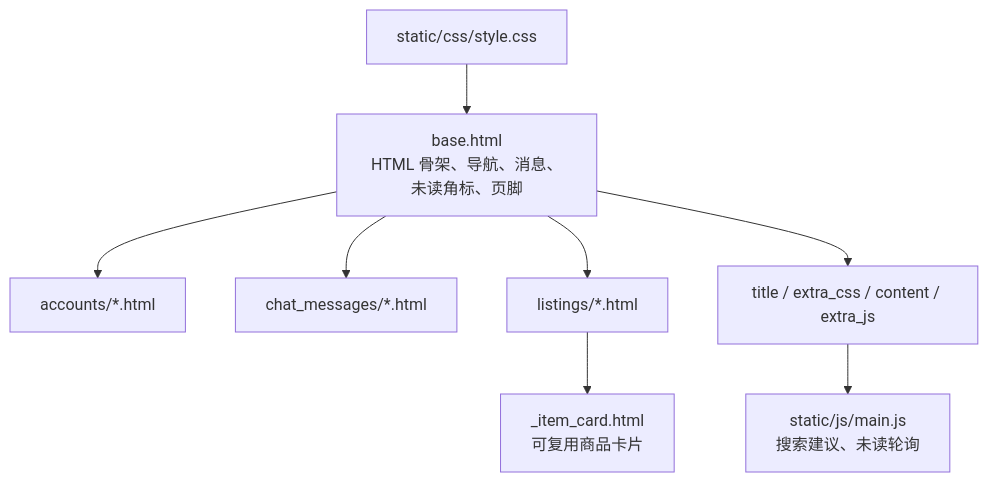
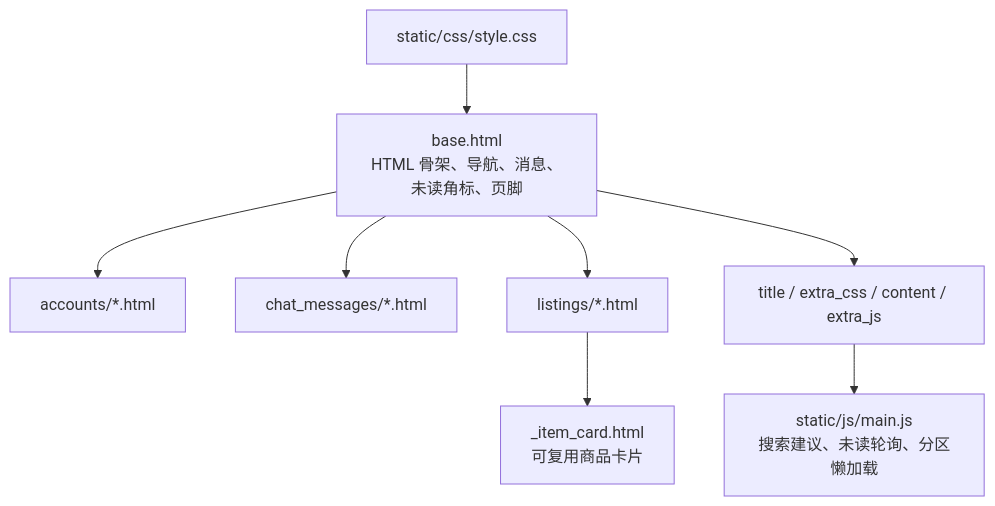
Before and after one commit to strawberry-little-bear/campus_glimmer: the diagram in templates/README.md, drawn with Mermaid. The commit also changed other lines of this file and 1 other file, not shown here.

Commit message:
docs: 说明运营看板分区懒加载的两层延后与登记约定
static/README.md 的「页面增强如何工作」补第三条链路和一个小节：同一个
data-ops-deferred class 下有两种分区，不带 data-ops-src 的全量渲染只换类不发
请求，带地址的才 fetch；关掉脚本的浏览器连 cookie 都种不下，所以永远走全量。
同时更新 js/main.js 的职责描述和修改检查项。

templates/README.md 补一条新增分区的登记约定：除了 partial、主模板 section 和
operations_nav 三处，还要在 operations_fragments.py 的 OPERATIONS_SECTION_FRAGMENTS
里登记一行，否则取回回来的分区会静默变成空态。

````diff
--- a/templates/README.md
+++ b/templates/README.md
@@ -21,10 +21,10 @@
 ```mermaid
 flowchart TD
     Base["base.html<br/>HTML 骨架、导航、消息、未读角标、页脚"] --> Accounts["accounts/*.html"]
     Base --> Chat["chat_messages/*.html"]
     Base --> Listings["listings/*.html"]
     Listings --> Card["_item_card.html<br/>可复用商品卡片"]
     Base --> Blocks["title / extra_css / content / extra_js"]
-    Blocks --> Scripts["static/js/main.js<br/>搜索建议、未读轮询"]
+    Blocks --> Scripts["static/js/main.js<br/>搜索建议、未读轮询、分区懒加载"]
     Bases["static/css/style.css"] --> Base
 ```
````
